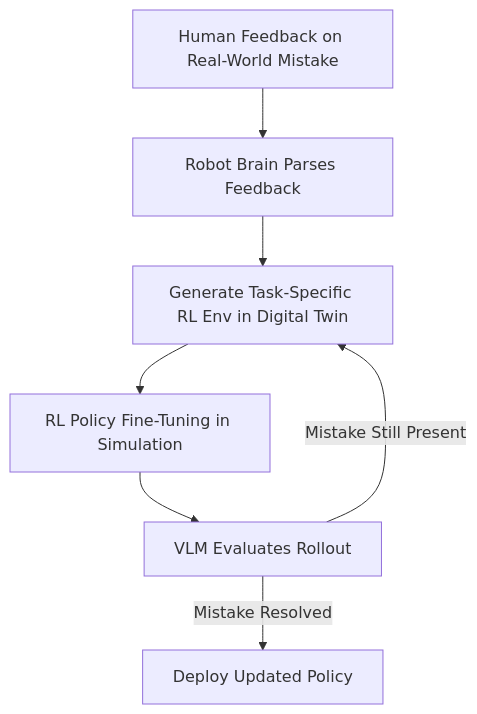
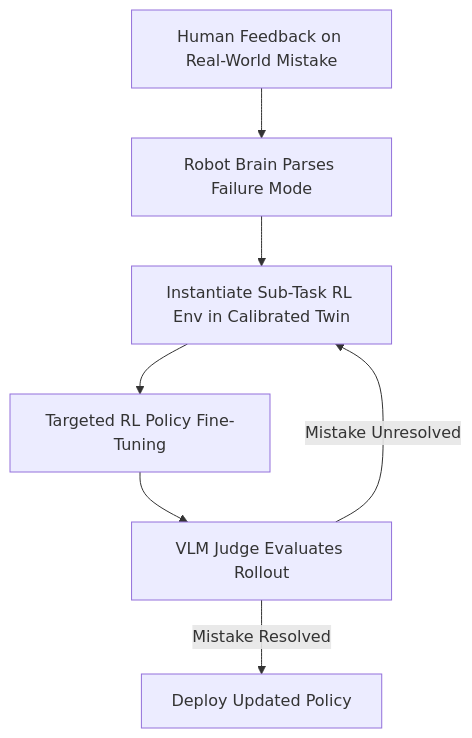
Before and after one commit to Freelunch-AI/freelunch-ide: the sixth of 11 diagrams in docs/specs/post-demo/lunch_robotics.md, drawn with Mermaid. The commit also changed other lines of this file, not shown here.

````diff
--- a/docs/specs/post-demo/lunch_robotics.md
+++ b/docs/specs/post-demo/lunch_robotics.md
@@ -391,9 +342,9 @@
 ```mermaid
 flowchart TD
-    A["Human Feedback on Real-World Mistake"] --> B["Robot Brain Parses Feedback"]
-    B --> C["Generate Task-Specific RL Env in Digital Twin"]
-    C --> D["RL Policy Fine-Tuning in Simulation"]
-    D --> E["VLM Evaluates Rollout"]
-    E -->|"Mistake Still Present"| C
+    A["Human Feedback on Real-World Mistake"] --> B["Robot Brain Parses Failure Mode"]
+    B --> C["Instantiate Sub-Task RL Env in Calibrated Twin"]
+    C --> D["Targeted RL Policy Fine-Tuning"]
+    D --> E["VLM Judge Evaluates Rollout"]
+    E -->|"Mistake Unresolved"| C
     E -->|"Mistake Resolved"| F["Deploy Updated Policy"]
 ```
````
